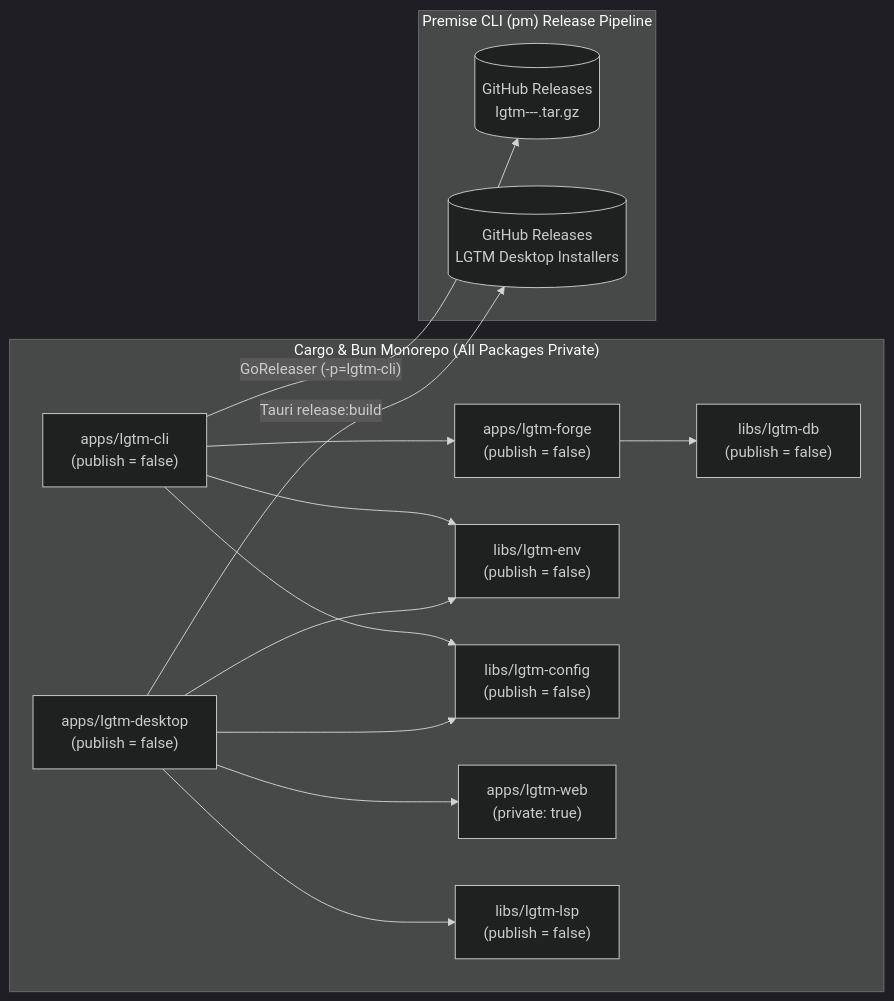
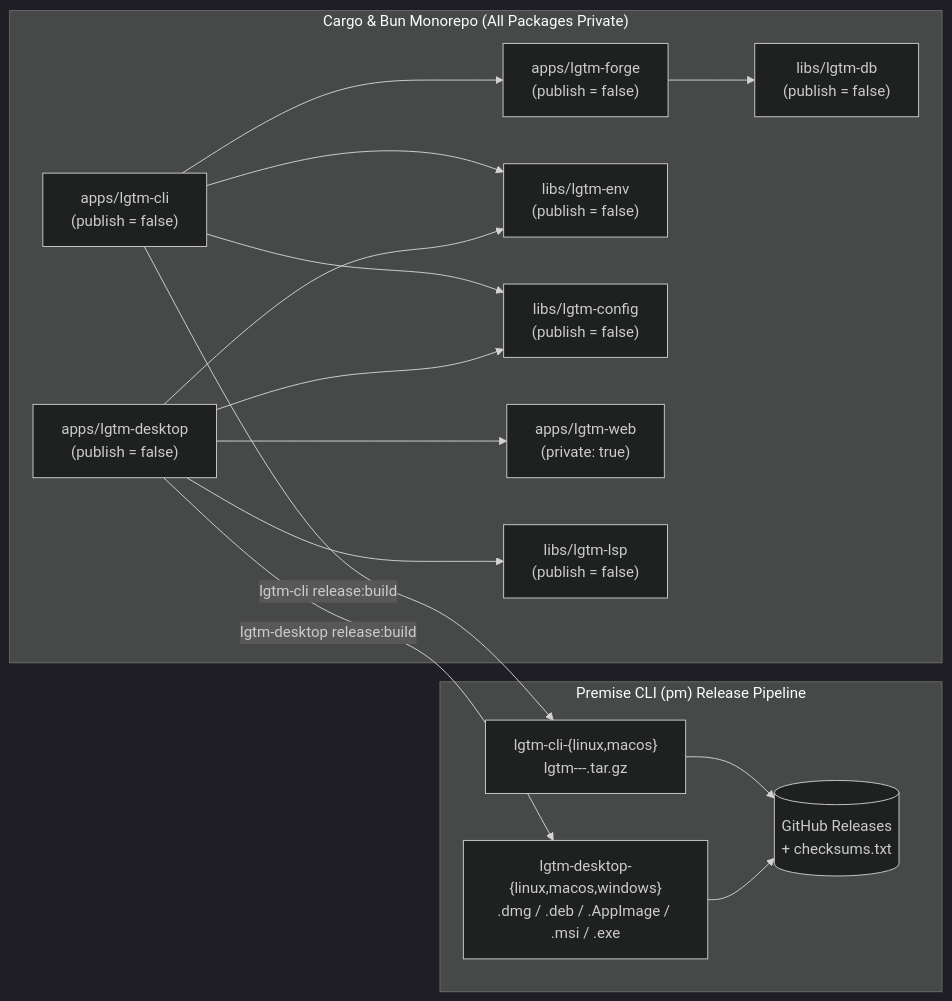
The diagram in docs/ci.md (difflab-io/lgtm), drawn with Mermaid (dark theme) before and after one commit. The commit also changed other lines of this file and 3 other files, not shown here.

Commit message:
ci(release): stage lgtm-cli release archives and enable [publish-rc] push trigger [publish-rc]

````diff
--- a/docs/ci.md
+++ b/docs/ci.md
@@ -23,18 +23,20 @@
 ```mermaid
 flowchart LR
     subgraph Workspace["Cargo & Bun Monorepo (All Packages Private)"]
         CLI["apps/lgtm-cli\n(publish = false)"] --> FORGE["apps/lgtm-forge\n(publish = false)"]
         CLI --> ENV["libs/lgtm-env\n(publish = false)"]
         CLI --> CFG["libs/lgtm-config\n(publish = false)"]
         FORGE --> DB["libs/lgtm-db\n(publish = false)"]
         DESK["apps/lgtm-desktop\n(publish = false)"] --> WEB["apps/lgtm-web\n(private: true)"]
         DESK --> LSP["libs/lgtm-lsp\n(publish = false)"]
         DESK --> ENV
         DESK --> CFG
     end
 
     subgraph PremiseCI["Premise CLI (pm) Release Pipeline"]
-        CLI -->|"GoReleaser (-p=lgtm-cli)"| GH_CLI[("GitHub Releases\nlgtm-<ver>-<os>-<arch>.tar.gz")]
-        DESK -->|"Tauri release:build"| GH_DESK[("GitHub Releases\nLGTM Desktop Installers")]
+        CLI -->|"lgtm-cli release:build"| STAGE_CLI["lgtm-cli-{linux,macos}\nlgtm-<ver>-<os>-<arch>.tar.gz"]
+        DESK -->|"lgtm-desktop release:build"| STAGE_DESK["lgtm-desktop-{linux,macos,windows}\n.dmg / .deb / .AppImage / .msi / .exe"]
+        STAGE_CLI --> GH_REL[("GitHub Releases\n+ checksums.txt")]
+        STAGE_DESK --> GH_REL
     end
 ```
````
